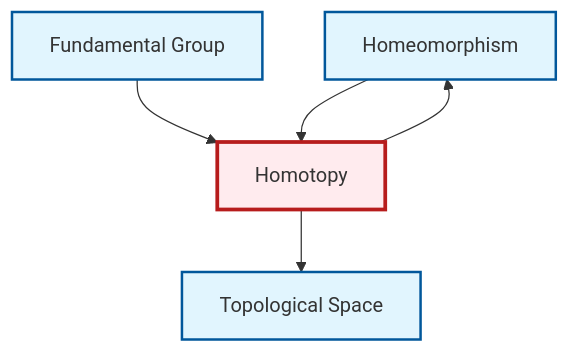
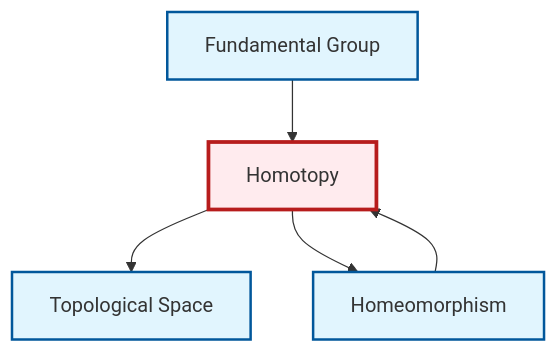
One commit to RK0429/ModernMath changed the diagram in output/mermaid/en/def-homotopy.mermaid. Above: the diagram before and after it, drawn with Mermaid. The commit also changed other lines of this file and 1745 other files, not shown here.

```diff
--- a/output/mermaid/en/def-homotopy.mermaid
+++ b/output/mermaid/en/def-homotopy.mermaid
@@ -1,15 +1,15 @@
 graph TD
     classDef definition fill:#e1f5fe,stroke:#01579b,stroke-width:2px
     classDef theorem fill:#f3e5f5,stroke:#4a148c,stroke-width:2px
     classDef axiom fill:#fff3e0,stroke:#e65100,stroke-width:2px
     classDef example fill:#e8f5e9,stroke:#1b5e20,stroke-width:2px
     classDef current fill:#ffebee,stroke:#b71c1c,stroke-width:3px
     def-topological-space["Topological Space"]:::definition
-    def-homeomorphism["Homeomorphism"]:::definition
     def-fundamental-group["Fundamental Group"]:::definition
     def-homotopy["Homotopy"]:::definition
+    def-homeomorphism["Homeomorphism"]:::definition
+    def-homotopy --> def-topological-space
     def-fundamental-group --> def-homotopy
     def-homeomorphism --> def-homotopy
-    def-homotopy --> def-topological-space
     def-homotopy --> def-homeomorphism
     class def-homotopy current
```
